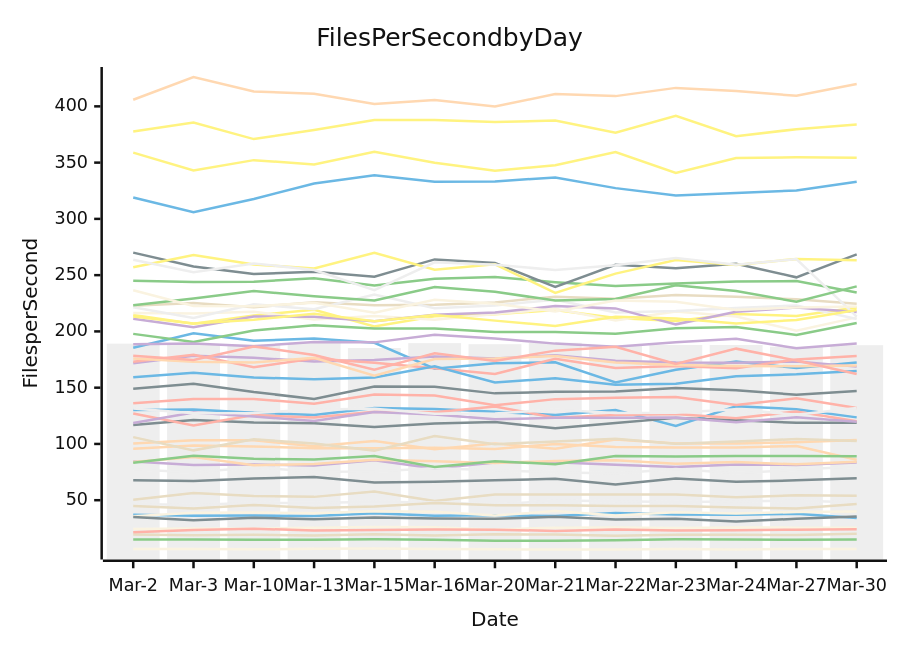
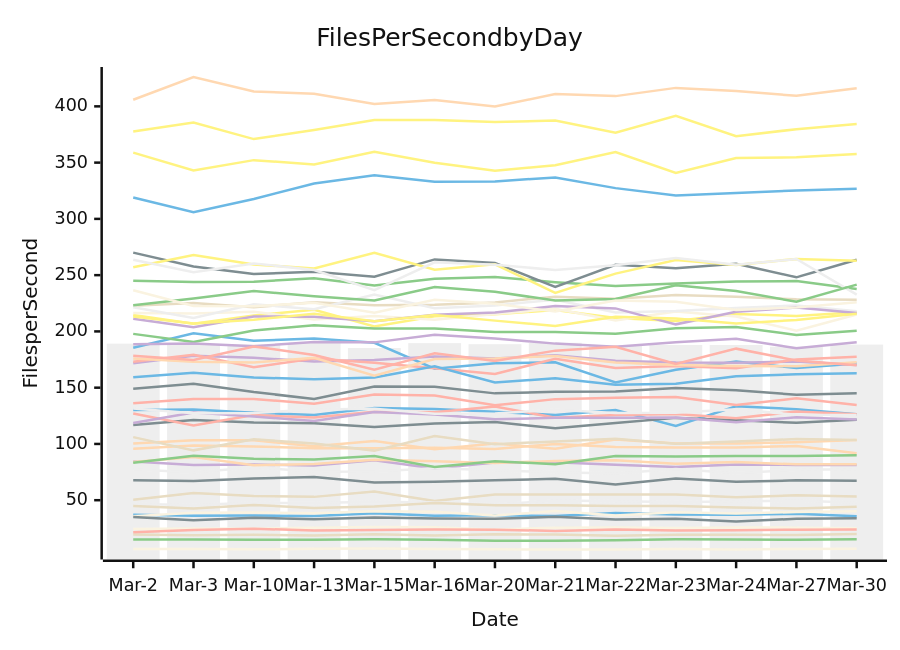
The diagram in perf-report.md (streetsidesoftware/cspell), drawn with Mermaid (neutral theme) before and after one commit. The commit also changed other lines of this file and 2 other files, not shown here.

````diff
--- a/perf-report.md
+++ b/perf-report.md
@@ -11,57 +11,57 @@
 ```mermaid
 xychart-beta
     title Files Per Second by Day
     y-axis Files per Second
     x-axis Date [Mar-2, Mar-3, Mar-10, Mar-13, Mar-15, Mar-16, Mar-20, Mar-21, Mar-22, Mar-23, Mar-24, Mar-27, Mar-30]
-    bar [189.15, 187.99, 188.38, 189.98, 185.21, 189.57, 188.63, 189.87, 187.45, 187.93, 187.93, 186.35, 187.76]
-    line [130.27, 130.71, 127.81, 125.76, 132.01, 131.14, 128.67, 125.67, 130.11, 116.06, 133.46, 130.91, 123.60]
-    line [15.09, 15.05, 14.93, 14.92, 15.23, 14.84, 14.06, 13.99, 14.45, 15.39, 15.15, 14.76, 15.09]
-    line [84.29, 81.35, 81.66, 80.93, 85.41, 78.19, 83.51, 83.81, 81.43, 79.47, 81.70, 81.36, 83.52]
-    line [19.63, 18.78, 19.22, 18.67, 19.78, 18.71, 19.79, 19.47, 18.35, 19.30, 19.37, 19.08, 20.24]
-    line [136.06, 139.99, 140.01, 135.63, 143.93, 142.95, 134.36, 139.82, 141.15, 141.79, 134.53, 140.55, 131.92]
-    line [214.66, 206.78, 214.22, 219.20, 204.44, 213.42, 215.32, 218.95, 211.96, 209.30, 215.41, 213.73, 221.33]
-    line [116.93, 121.24, 118.95, 118.40, 114.99, 118.14, 119.47, 113.95, 118.70, 123.16, 121.00, 118.77, 118.73]
-    line [100.48, 103.18, 103.33, 98.05, 102.55, 95.32, 100.34, 95.68, 103.94, 100.49, 100.37, 101.61, 103.40]
-    line [216.40, 215.81, 217.40, 210.64, 213.63, 210.38, 215.44, 220.20, 209.66, 217.73, 213.19, 200.65, 212.46]
-    line [77.40, 74.68, 79.36, 75.39, 75.58, 78.40, 76.58, 74.92, 73.83, 77.77, 74.02, 77.10, 80.05]
-    line [185.47, 198.42, 191.68, 193.62, 189.84, 166.89, 171.60, 172.56, 154.71, 166.00, 173.35, 167.42, 172.41]
-    line [244.96, 243.99, 244.22, 247.23, 240.74, 246.80, 248.37, 243.77, 240.29, 242.61, 244.28, 244.79, 234.66]
-    line [171.61, 178.31, 176.56, 173.19, 174.63, 177.66, 175.92, 178.79, 174.01, 172.30, 172.16, 173.35, 168.71]
-    line [222.82, 225.14, 221.56, 225.82, 223.33, 223.62, 225.78, 230.86, 229.00, 232.44, 230.81, 228.49, 224.57]
-    line [173.05, 179.29, 168.17, 175.84, 172.23, 167.20, 162.09, 175.73, 167.53, 169.26, 167.37, 175.14, 178.21]
-    line [377.66, 385.69, 370.91, 378.91, 387.90, 387.80, 386.06, 387.41, 376.59, 391.51, 373.44, 379.72, 383.86]
-    line [270.01, 257.62, 250.97, 253.10, 248.68, 263.99, 260.91, 239.46, 259.16, 256.10, 260.18, 248.06, 268.44]
-    line [83.89, 88.30, 81.02, 82.11, 85.90, 84.63, 82.99, 84.87, 85.57, 82.40, 83.84, 81.84, 84.15]
-    line [24.45, 24.76, 24.74, 25.60, 26.18, 25.98, 23.83, 25.61, 25.64, 25.22, 25.67, 25.63, 25.48]
-    line [221.50, 212.02, 224.11, 219.75, 232.68, 220.52, 223.12, 228.15, 216.79, 218.07, 220.91, 223.03, 211.08]
-    line [37.02, 36.08, 36.38, 35.91, 38.37, 36.25, 36.61, 35.87, 38.67, 37.37, 36.99, 37.97, 34.18]
-    line [197.81, 190.62, 200.86, 205.50, 202.63, 202.69, 199.56, 199.40, 197.96, 202.91, 203.92, 196.82, 207.41]
-    line [211.23, 203.79, 213.30, 213.00, 209.05, 214.75, 216.78, 222.67, 220.47, 206.28, 217.42, 221.24, 217.16]
-    line [50.34, 56.33, 53.77, 52.96, 57.64, 49.40, 55.01, 55.07, 55.14, 54.97, 52.69, 54.36, 53.99]
-    line [21.50, 23.56, 24.56, 23.16, 23.57, 24.07, 23.83, 22.72, 24.07, 23.01, 23.19, 23.80, 24.15]
-    line [257.02, 267.92, 259.39, 256.02, 269.97, 254.79, 259.65, 234.19, 251.38, 263.45, 259.03, 264.42, 263.18]
-    line [149.07, 153.47, 146.06, 140.05, 150.95, 150.81, 144.94, 146.39, 146.52, 149.65, 147.78, 143.68, 146.96]
-    line [95.82, 98.55, 97.82, 96.22, 96.21, 96.60, 95.61, 100.00, 97.34, 96.90, 96.73, 98.18, 86.03]
-    line [6.62, 6.55, 6.32, 6.79, 7.12, 6.59, 6.35, 6.19, 6.26, 6.60, 6.25, 6.74, 6.72]
-    line [46.60, 45.68, 47.70, 47.47, 48.64, 47.90, 46.22, 49.72, 49.15, 48.47, 48.92, 49.74, 47.94]
-    line [159.28, 163.36, 159.01, 157.48, 159.10, 169.05, 154.54, 158.47, 152.54, 153.40, 160.13, 161.83, 164.90]
-    line [83.26, 89.40, 86.73, 86.09, 89.20, 79.46, 84.64, 82.02, 89.37, 88.80, 89.20, 89.35, 89.09]
-    line [188.54, 189.19, 186.81, 190.52, 190.26, 197.02, 193.75, 189.15, 186.42, 190.28, 193.49, 184.99, 189.27]
-    line [44.95, 42.68, 45.79, 43.00, 44.30, 47.55, 45.42, 45.55, 44.76, 44.94, 43.55, 42.67, 46.57]
-    line [126.96, 116.50, 125.61, 123.50, 128.64, 128.22, 133.34, 123.28, 125.66, 126.65, 122.93, 128.82, 120.11]
-    line [358.90, 343.06, 352.21, 348.39, 359.59, 349.81, 342.75, 347.71, 359.34, 340.76, 354.09, 354.69, 354.23]
-    line [67.78, 66.98, 69.18, 70.51, 65.83, 66.30, 67.73, 68.98, 63.91, 69.35, 66.34, 67.66, 69.45]
-    line [175.82, 173.02, 172.27, 176.52, 160.55, 175.49, 175.91, 178.24, 172.29, 170.07, 169.37, 169.09, 169.66]
-    line [35.65, 38.90, 38.99, 38.46, 40.13, 39.77, 36.42, 40.38, 36.50, 39.38, 38.08, 39.48, 39.89]
-    line [263.63, 252.65, 260.43, 254.55, 236.73, 261.47, 259.22, 254.59, 258.80, 265.17, 259.19, 264.34, 213.09]
-    line [319.02, 305.87, 317.67, 331.44, 338.69, 332.97, 333.24, 336.87, 327.34, 320.84, 322.94, 325.27, 332.92]
-    line [223.28, 229.19, 235.85, 231.18, 227.46, 239.47, 235.22, 227.41, 228.79, 241.01, 235.98, 226.38, 239.99]
-    line [118.58, 127.90, 124.38, 120.45, 128.40, 126.26, 121.85, 123.29, 123.31, 123.57, 119.37, 123.63, 119.80]
-    line [106.04, 94.30, 104.19, 100.36, 94.07, 106.95, 99.82, 102.15, 104.63, 100.11, 102.26, 104.28, 102.56]
-    line [178.41, 174.58, 186.65, 179.06, 166.05, 180.55, 173.75, 182.92, 186.30, 171.18, 184.68, 174.16, 162.11]
-    line [213.20, 207.00, 210.46, 215.67, 209.05, 214.60, 209.59, 204.82, 212.94, 211.50, 207.03, 210.21, 218.94]
-    line [34.99, 32.10, 34.36, 33.03, 34.53, 33.80, 33.49, 35.23, 32.80, 33.41, 31.17, 33.44, 35.46]
-    line [405.86, 426.09, 413.29, 411.20, 402.18, 405.65, 399.88, 410.92, 409.10, 416.42, 413.72, 409.38, 419.79]
-    line [236.51, 222.64, 222.38, 225.56, 216.60, 228.18, 224.68, 217.69, 227.52, 226.28, 219.14, 221.19, 222.09]
-    line [131.45, 127.22, 127.60, 130.54, 131.20, 126.76, 126.98, 130.36, 127.52, 127.75, 130.81, 125.94, 131.90]
+    bar [189.15, 187.99, 188.38, 189.98, 185.21, 189.57, 188.63, 189.87, 187.45, 187.93, 187.93, 186.35, 188.30]
+    line [130.27, 130.71, 127.81, 125.76, 132.01, 131.14, 128.67, 125.67, 130.11, 116.06, 133.46, 130.91, 126.44]
+    line [15.09, 15.05, 14.93, 14.92, 15.23, 14.84, 14.06, 13.99, 14.45, 15.39, 15.15, 14.76, 15.30]
+    line [84.29, 81.35, 81.66, 80.93, 85.41, 78.19, 83.51, 83.81, 81.43, 79.47, 81.70, 81.36, 81.35]
+    line [19.63, 18.78, 19.22, 18.67, 19.78, 18.71, 19.79, 19.47, 18.35, 19.30, 19.37, 19.08, 19.88]
+    line [136.06, 139.99, 140.01, 135.63, 143.93, 142.95, 134.36, 139.82, 141.15, 141.79, 134.53, 140.55, 134.62]
+    line [214.66, 206.78, 214.22, 219.20, 204.44, 213.42, 215.32, 218.95, 211.96, 209.30, 215.41, 213.73, 216.98]
+    line [116.93, 121.24, 118.95, 118.40, 114.99, 118.14, 119.47, 113.95, 118.70, 123.16, 121.00, 118.77, 121.60]
+    line [100.48, 103.18, 103.33, 98.05, 102.55, 95.32, 100.34, 95.68, 103.94, 100.49, 100.37, 101.61, 103.43]
+    line [216.40, 215.81, 217.40, 210.64, 213.63, 210.38, 215.44, 220.20, 209.66, 217.73, 213.19, 200.65, 215.04]
+    line [77.40, 74.68, 79.36, 75.39, 75.58, 78.40, 76.58, 74.92, 73.83, 77.77, 74.02, 77.10, 77.41]
+    line [185.47, 198.42, 191.68, 193.62, 189.84, 166.89, 171.60, 172.56, 154.71, 166.00, 173.35, 167.42, 171.49]
+    line [244.96, 243.99, 244.22, 247.23, 240.74, 246.80, 248.37, 243.77, 240.29, 242.61, 244.28, 244.79, 237.77]
+    line [171.61, 178.31, 176.56, 173.19, 174.63, 177.66, 175.92, 178.79, 174.01, 172.30, 172.16, 173.35, 170.18]
+    line [222.82, 225.14, 221.56, 225.82, 223.33, 223.62, 225.78, 230.86, 229.00, 232.44, 230.81, 228.49, 228.09]
+    line [173.05, 179.29, 168.17, 175.84, 172.23, 167.20, 162.09, 175.73, 167.53, 169.26, 167.37, 175.14, 177.59]
+    line [377.66, 385.69, 370.91, 378.91, 387.90, 387.80, 386.06, 387.41, 376.59, 391.51, 373.44, 379.72, 384.27]
+    line [270.01, 257.62, 250.97, 253.10, 248.68, 263.99, 260.91, 239.46, 259.16, 256.10, 260.18, 248.06, 263.68]
+    line [83.89, 88.30, 81.02, 82.11, 85.90, 84.63, 82.99, 84.87, 85.57, 82.40, 83.84, 81.84, 82.00]
+    line [24.45, 24.76, 24.74, 25.60, 26.18, 25.98, 23.83, 25.61, 25.64, 25.22, 25.67, 25.63, 25.15]
+    line [221.50, 212.02, 224.11, 219.75, 232.68, 220.52, 223.12, 228.15, 216.79, 218.07, 220.91, 223.03, 217.84]
+    line [37.02, 36.08, 36.38, 35.91, 38.37, 36.25, 36.61, 35.87, 38.67, 37.37, 36.99, 37.97, 35.69]
+    line [197.81, 190.62, 200.86, 205.50, 202.63, 202.69, 199.56, 199.40, 197.96, 202.91, 203.92, 196.82, 200.56]
+    line [211.23, 203.79, 213.30, 213.00, 209.05, 214.75, 216.78, 222.67, 220.47, 206.28, 217.42, 221.24, 216.32]
+    line [50.34, 56.33, 53.77, 52.96, 57.64, 49.40, 55.01, 55.07, 55.14, 54.97, 52.69, 54.36, 53.37]
+    line [21.50, 23.56, 24.56, 23.16, 23.57, 24.07, 23.83, 22.72, 24.07, 23.01, 23.19, 23.80, 24.02]
+    line [257.02, 267.92, 259.39, 256.02, 269.97, 254.79, 259.65, 234.19, 251.38, 263.45, 259.03, 264.42, 262.82]
+    line [149.07, 153.47, 146.06, 140.05, 150.95, 150.81, 144.94, 146.39, 146.52, 149.65, 147.78, 143.68, 144.97]
+    line [95.82, 98.55, 97.82, 96.22, 96.21, 96.60, 95.61, 100.00, 97.34, 96.90, 96.73, 98.18, 91.72]
+    line [6.62, 6.55, 6.32, 6.79, 7.12, 6.59, 6.35, 6.19, 6.26, 6.60, 6.25, 6.74, 6.77]
+    line [46.60, 45.68, 47.70, 47.47, 48.64, 47.90, 46.22, 49.72, 49.15, 48.47, 48.92, 49.74, 47.82]
+    line [159.28, 163.36, 159.01, 157.48, 159.10, 169.05, 154.54, 158.47, 152.54, 153.40, 160.13, 161.83, 162.72]
+    line [83.26, 89.40, 86.73, 86.09, 89.20, 79.46, 84.64, 82.02, 89.37, 88.80, 89.20, 89.35, 90.00]
+    line [188.54, 189.19, 186.81, 190.52, 190.26, 197.02, 193.75, 189.15, 186.42, 190.28, 193.49, 184.99, 190.27]
+    line [44.95, 42.68, 45.79, 43.00, 44.30, 47.55, 45.42, 45.55, 44.76, 44.94, 43.55, 42.67, 44.21]
+    line [126.96, 116.50, 125.61, 123.50, 128.64, 128.22, 133.34, 123.28, 125.66, 126.65, 122.93, 128.82, 126.34]
+    line [358.90, 343.06, 352.21, 348.39, 359.59, 349.81, 342.75, 347.71, 359.34, 340.76, 354.09, 354.69, 357.70]
+    line [67.78, 66.98, 69.18, 70.51, 65.83, 66.30, 67.73, 68.98, 63.91, 69.35, 66.34, 67.66, 67.35]
+    line [175.82, 173.02, 172.27, 176.52, 160.55, 175.49, 175.91, 178.24, 172.29, 170.07, 169.37, 169.09, 172.70]
+    line [35.65, 38.90, 38.99, 38.46, 40.13, 39.77, 36.42, 40.38, 36.50, 39.38, 38.08, 39.48, 40.18]
+    line [263.63, 252.65, 260.43, 254.55, 236.73, 261.47, 259.22, 254.59, 258.80, 265.17, 259.19, 264.34, 232.73]
+    line [319.02, 305.87, 317.67, 331.44, 338.69, 332.97, 333.24, 336.87, 327.34, 320.84, 322.94, 325.27, 326.73]
+    line [223.28, 229.19, 235.85, 231.18, 227.46, 239.47, 235.22, 227.41, 228.79, 241.01, 235.98, 226.38, 241.62]
+    line [118.58, 127.90, 124.38, 120.45, 128.40, 126.26, 121.85, 123.29, 123.31, 123.57, 119.37, 123.63, 121.70]
+    line [106.04, 94.30, 104.19, 100.36, 94.07, 106.95, 99.82, 102.15, 104.63, 100.11, 102.26, 104.28, 103.40]
+    line [178.41, 174.58, 186.65, 179.06, 166.05, 180.55, 173.75, 182.92, 186.30, 171.18, 184.68, 174.16, 169.88]
+    line [213.20, 207.00, 210.46, 215.67, 209.05, 214.60, 209.59, 204.82, 212.94, 211.50, 207.03, 210.21, 215.65]
+    line [34.99, 32.10, 34.36, 33.03, 34.53, 33.80, 33.49, 35.23, 32.80, 33.41, 31.17, 33.44, 33.97]
+    line [405.86, 426.09, 413.29, 411.20, 402.18, 405.65, 399.88, 410.92, 409.10, 416.42, 413.72, 409.38, 416.05]
+    line [236.51, 222.64, 222.38, 225.56, 216.60, 228.18, 224.68, 217.69, 227.52, 226.28, 219.14, 221.19, 226.02]
+    line [131.45, 127.22, 127.60, 130.54, 131.20, 126.76, 126.98, 130.36, 127.52, 127.75, 130.81, 125.94, 125.76]
 ```
````
